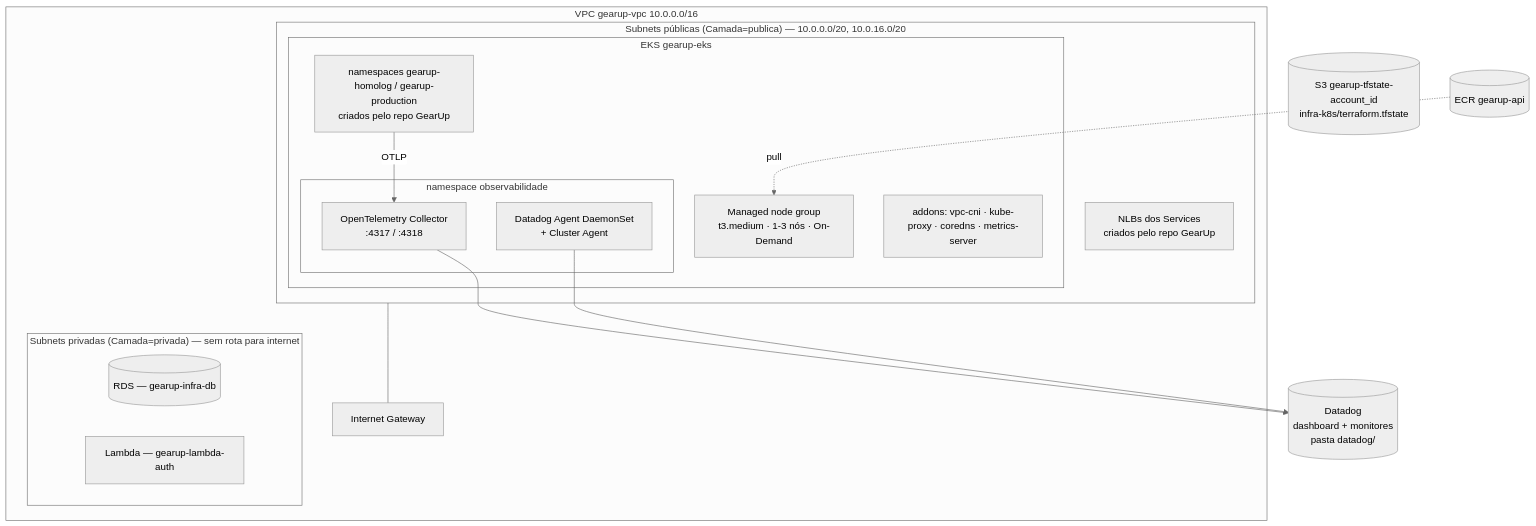
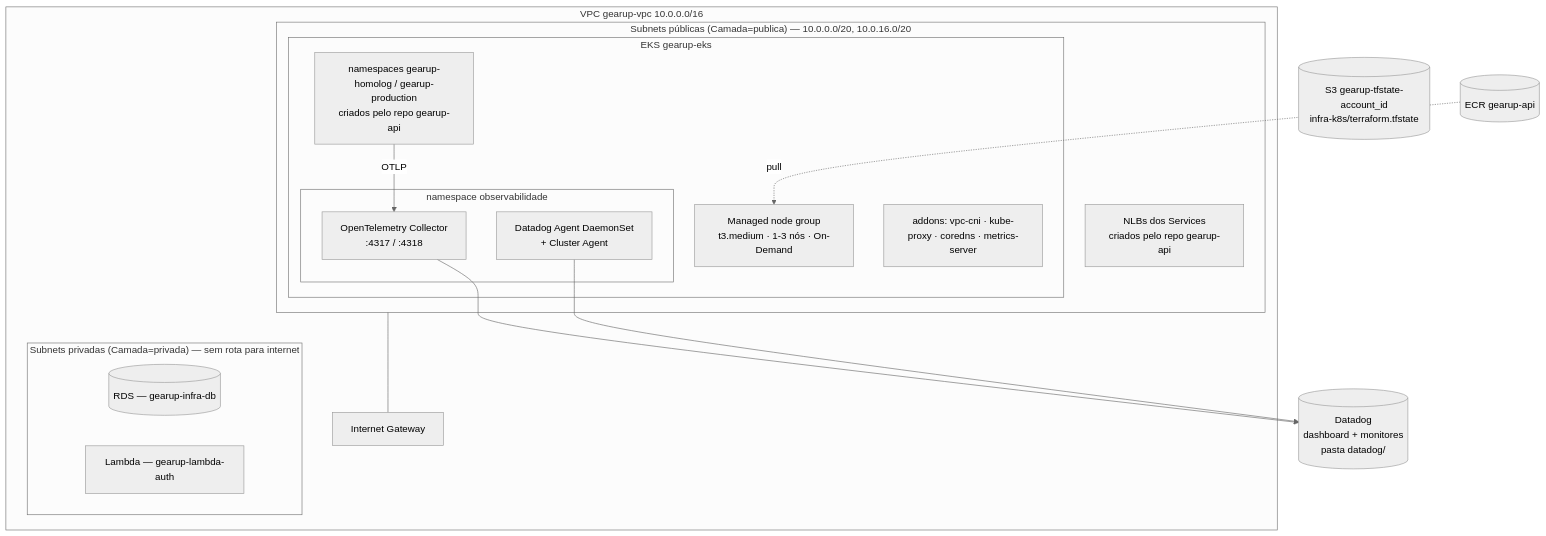
The diagram in README.md (SOAT-GearUp/gearup-infra-k8s), drawn with Mermaid (neutral theme) before and after one commit. The commit also changed other lines of this file and 2 other files, not shown here.

Commit message:
Atualiza referências para o repositório gearup-api

````diff
--- a/README.md
+++ b/README.md
@@ -26,30 +26,30 @@
 ```mermaid
 flowchart TB
     subgraph VPC["VPC gearup-vpc 10.0.0.0/16"]
         IGW[Internet Gateway]
         subgraph PUB["Subnets públicas (Camada=publica) — 10.0.0.0/20, 10.0.16.0/20"]
             subgraph EKS["EKS gearup-eks"]
                 NG[Managed node group<br/>t3.medium · 1-3 nós · On-Demand]
                 ADD[addons: vpc-cni · kube-proxy · coredns · metrics-server]
                 subgraph OBS["namespace observabilidade"]
                     OT[OpenTelemetry Collector<br/>:4317 / :4318]
                     DA[Datadog Agent DaemonSet<br/>+ Cluster Agent]
                 end
-                APP[namespaces gearup-homolog / gearup-production<br/>criados pelo repo GearUp]
+                APP[namespaces gearup-homolog / gearup-production<br/>criados pelo repo gearup-api]
             end
-            NLB[NLBs dos Services<br/>criados pelo repo GearUp]
+            NLB[NLBs dos Services<br/>criados pelo repo gearup-api]
         end
         subgraph PRIV["Subnets privadas (Camada=privada) — sem rota para internet"]
             RDS[(RDS — gearup-infra-db)]
             LBD[Lambda — gearup-lambda-auth]
         end
     end
     ECR[(ECR gearup-api)]
     DD[(Datadog<br/>dashboard + monitores<br/>pasta datadog/)]
     S3[(S3 gearup-tfstate-account_id<br/>infra-k8s/terraform.tfstate)]
 
     PUB --- IGW
     APP -- OTLP --> OT --> DD
     DA --> DD
     ECR -. pull .-> NG
 ```
````
